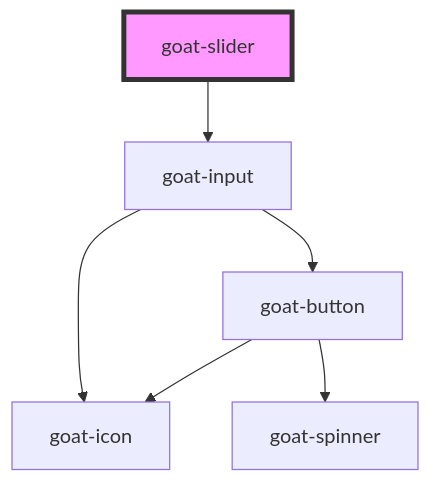
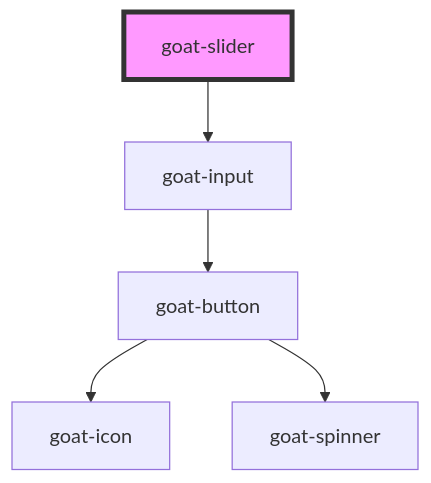
One commit to goatui/components changed the diagram in src/components/data-entry/slider/readme.md. Above: the diagram before and after it, drawn with Mermaid. The commit also changed 7 other files, not shown here.

````diff
--- a/src/components/data-entry/slider/readme.md
+++ b/src/components/data-entry/slider/readme.md
@@ -73,9 +73,8 @@
 ```mermaid
 graph TD;
   goat-slider --> goat-input
-  goat-input --> goat-icon
   goat-input --> goat-button
   goat-button --> goat-icon
   goat-button --> goat-spinner
   style goat-slider fill:#f9f,stroke:#333,stroke-width:4px
 ```
````
